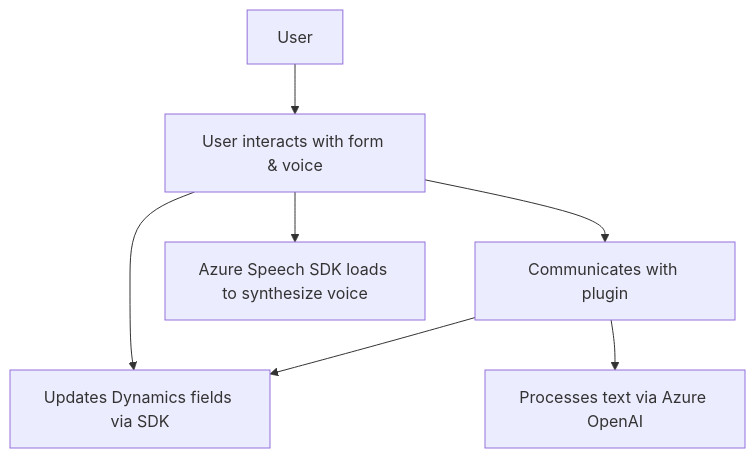
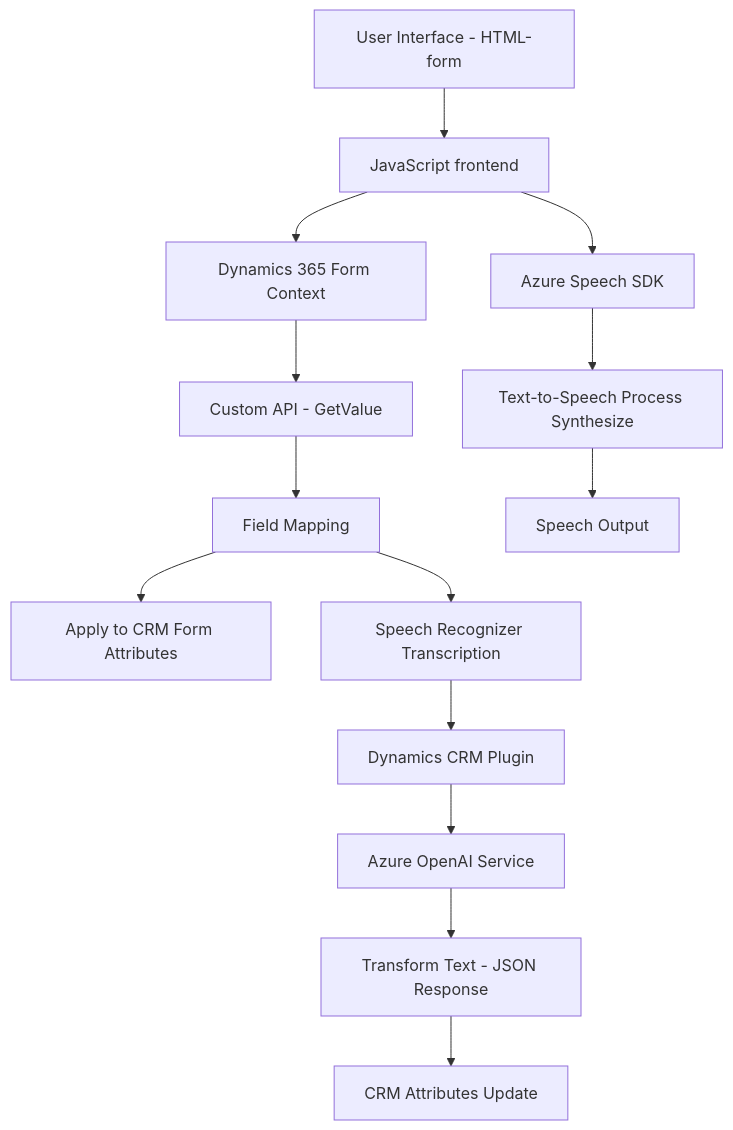
Before and after one commit to blopezdm/NETCORE_BILBAO2025: the diagram in README.md, drawn with Mermaid. The commit also changed other lines of this file, not shown here.

````diff
--- a/README.md
+++ b/README.md
@@ -43,16 +43,18 @@
 ```mermaid
 graph TD
-    A[Frontend-JS-VoiceIntegration]
-    B[Backend-CS-AzureOpenAI-Plugin]
-    C[AzureSpeechSDK]
-    D[AzureOpenAI]
-    E[DynamicsAPI]
-    F[User]
+    A["User Interface - HTML-form"] --> B["JavaScript frontend"]
+    B --> C["Azure Speech SDK"]
+    C --> D["Text-to-Speech Process Synthesize"]
+    B --> E["Dynamics 365 Form Context"]
+    E --> F["Custom API - GetValue"]
+    F --> G["Field Mapping"]
+    G --> H["Apply to CRM Form Attributes"]
+    G --> I["Speech Recognizer Transcription"]
+    D --> J["Speech Output"]
 
-    F --> A["User interacts with form & voice"]
-    A --> C["Azure Speech SDK loads to synthesize voice"]
-    A --> E["Calls Dynamics APIs for updates"]
-    A --> B["Communicates with plugin"]
-    B --> D["Processes text via Azure OpenAI"]
-    B --> E["Updates Dynamics fields via SDK"]
+    K["Dynamics CRM Plugin"]
+    I --> K
+    K --> L["Azure OpenAI Service"]
+    L --> M["Transform Text - JSON Response"]
+    M --> N["CRM Attributes Update"]
 ```
````
